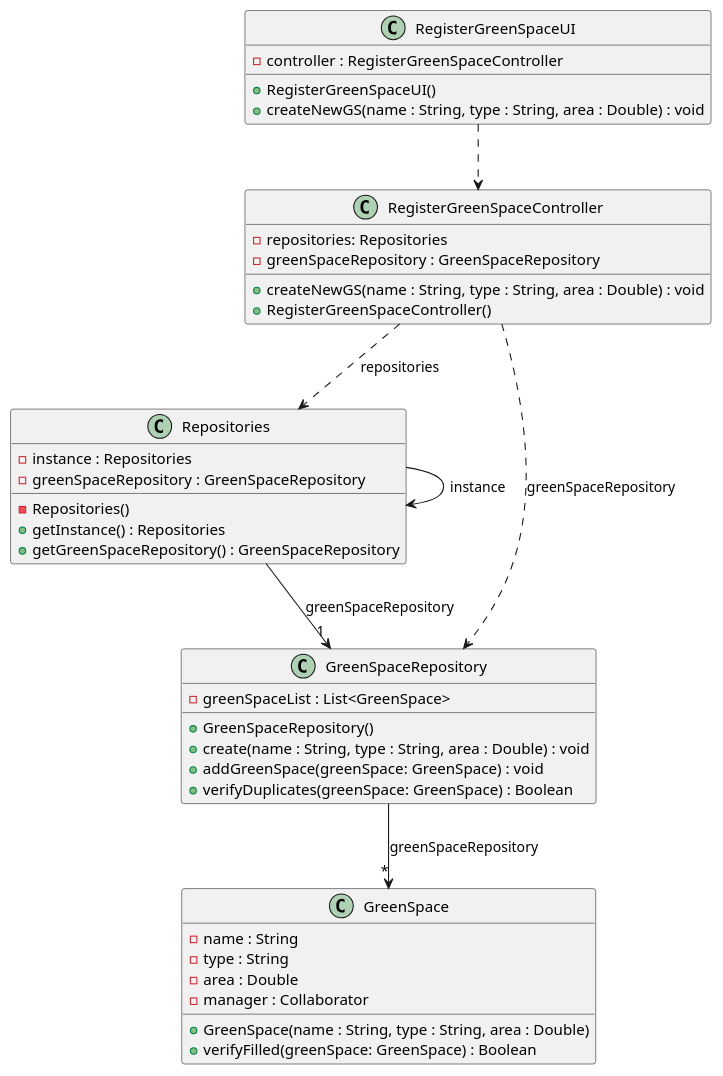
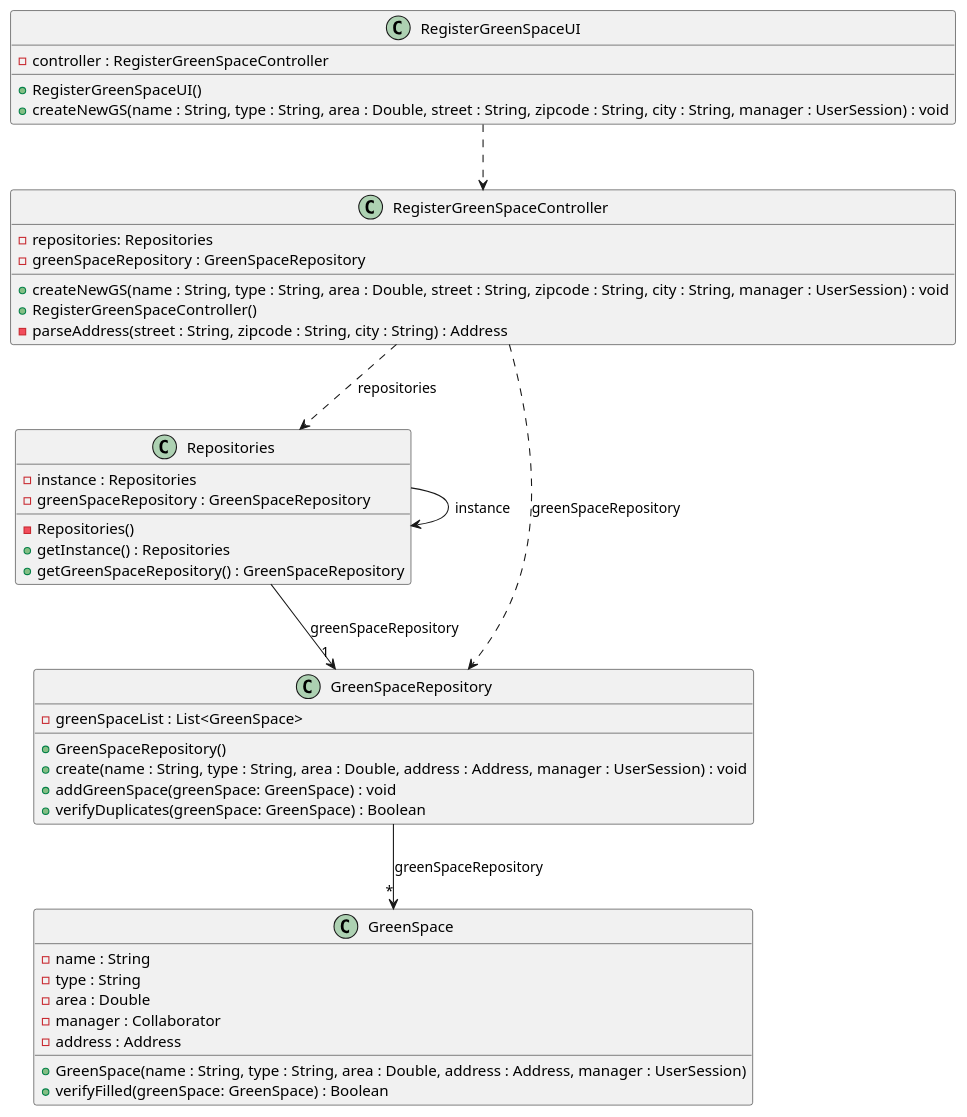
One commit to ricardomm7/leaflink changed the diagram in docs/sprintC/us020/03.design/puml/us020-class-diagram.puml. Above: the diagram before and after it, drawn with PlantUML. The commit also changed 8 other files, not shown here.

Commit message:
Register a Green space implementation #124

```diff
--- a/docs/sprintC/us020/03.design/puml/us020-class-diagram.puml
+++ b/docs/sprintC/us020/03.design/puml/us020-class-diagram.puml
@@ -1,53 +1,55 @@
 @startuml
 skinparam shadowing false
 skinparam line type polyline
 
 'left to right direction
 
     class RegisterGreenSpaceUI {
         - controller : RegisterGreenSpaceController
         + RegisterGreenSpaceUI()
-        + createNewGS(name : String, type : String, area : Double) : void
+        + createNewGS(name : String, type : String, area : Double, street : String, zipcode : String, city : String, manager : UserSession) : void
     }
 
     class RegisterGreenSpaceController {
         - repositories: Repositories
         - greenSpaceRepository : GreenSpaceRepository
-        + createNewGS(name : String, type : String, area : Double) : void
+        + createNewGS(name : String, type : String, area : Double, street : String, zipcode : String, city : String, manager : UserSession) : void
         + RegisterGreenSpaceController()
+        - parseAddress(street : String, zipcode : String, city : String) : Address
     }
 
     class Repositories {
         - instance : Repositories
         - greenSpaceRepository : GreenSpaceRepository
         - Repositories()
         + getInstance() : Repositories
         + getGreenSpaceRepository() : GreenSpaceRepository
     }
 
     class GreenSpaceRepository {
         - greenSpaceList : List<GreenSpace>
 
         + GreenSpaceRepository()
-        + create(name : String, type : String, area : Double) : void
+        + create(name : String, type : String, area : Double, address : Address, manager : UserSession) : void
         + addGreenSpace(greenSpace: GreenSpace) : void
         + verifyDuplicates(greenSpace: GreenSpace) : Boolean
     }
 
     class GreenSpace {
         - name : String
         - type : String
         - area : Double
         - manager : Collaborator
-        + GreenSpace(name : String, type : String, area : Double)
+        - address : Address
+        + GreenSpace(name : String, type : String, area : Double, address : Address, manager : UserSession)
         + verifyFilled(greenSpace: GreenSpace) : Boolean
     }
 
 RegisterGreenSpaceUI ..> RegisterGreenSpaceController
 RegisterGreenSpaceController ..> Repositories: repositories
 Repositories --> Repositories: instance
 RegisterGreenSpaceController ..> GreenSpaceRepository: greenSpaceRepository
 Repositories --> "1"GreenSpaceRepository: greenSpaceRepository
 GreenSpaceRepository -->"*" GreenSpace: greenSpaceRepository
 
 @enduml
```
